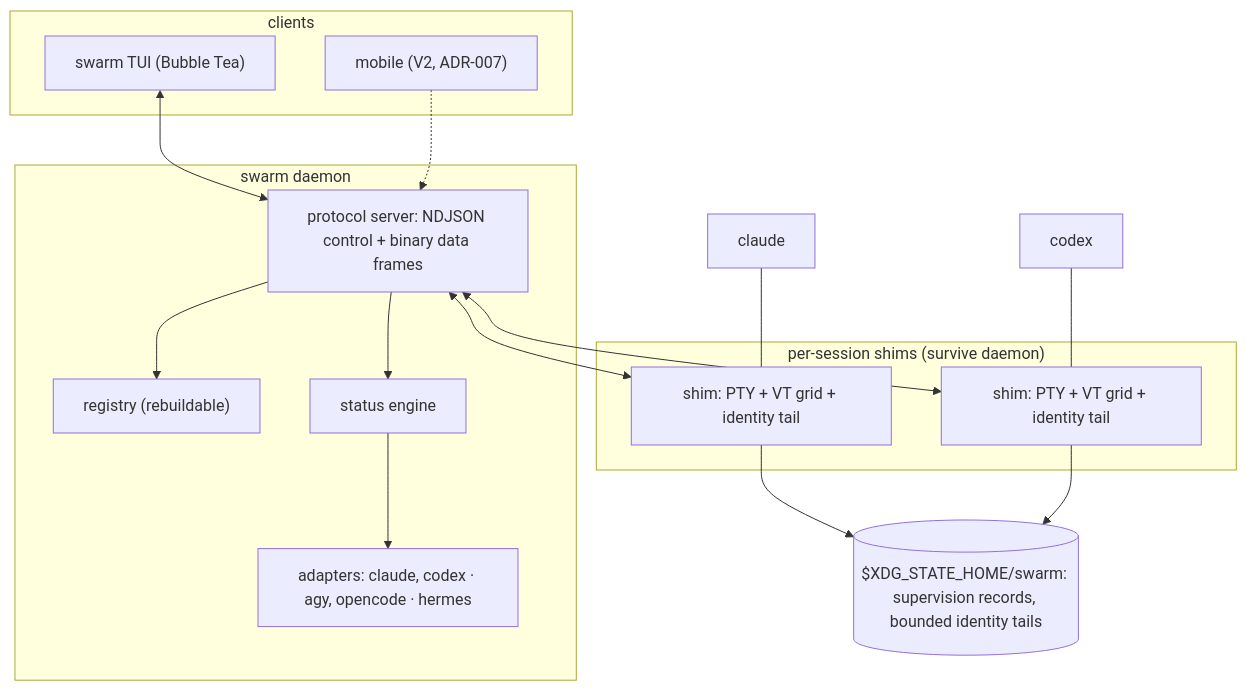
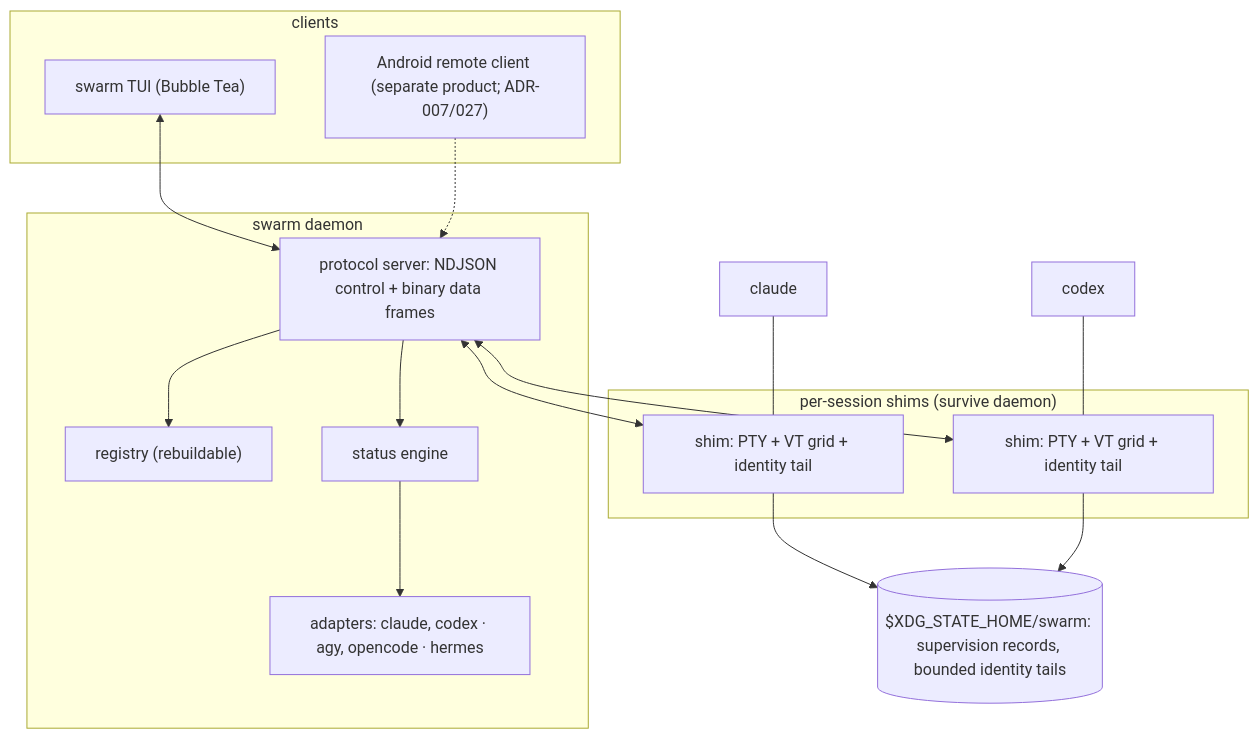
One commit to Nathandela/swarm changed the first of 3 diagrams in docs/specifications/system-spec.md. Above: the diagram before and after it, drawn with Mermaid. The commit also changed other lines of this file and 17 other files, not shown here.

Commit message:
docs: reconcile current architecture installation and debt guidance

````diff
--- a/docs/specifications/system-spec.md
+++ b/docs/specifications/system-spec.md
@@ -176,25 +180,25 @@
 ```mermaid
 flowchart TB
   subgraph clients["clients"]
     TUI["swarm TUI (Bubble Tea)"]
-    MOB["mobile (V2, ADR-007)"]
+    MOB["Android remote client (separate product; ADR-007/027)"]
   end
   subgraph daemon["swarm daemon"]
     API["protocol server: NDJSON control + binary data frames"]
     REG["registry (rebuildable)"]
     DET["status engine"]
     ADP["adapters: claude, codex · agy, opencode · hermes"]
   end
   subgraph shims["per-session shims (survive daemon)"]
     SH1["shim: PTY + VT grid + identity tail"]
     SH2["shim: PTY + VT grid + identity tail"]
   end
   A1["claude"] --- SH1
   A2["codex"] --- SH2
   TUI <--> API
   MOB -.-> API
   API --> REG & DET
   DET --> ADP
   API <--> SH1 & SH2
   SH1 & SH2 --> DISK[("$XDG_STATE_HOME/swarm: supervision records, bounded identity tails")]
 ```
````
